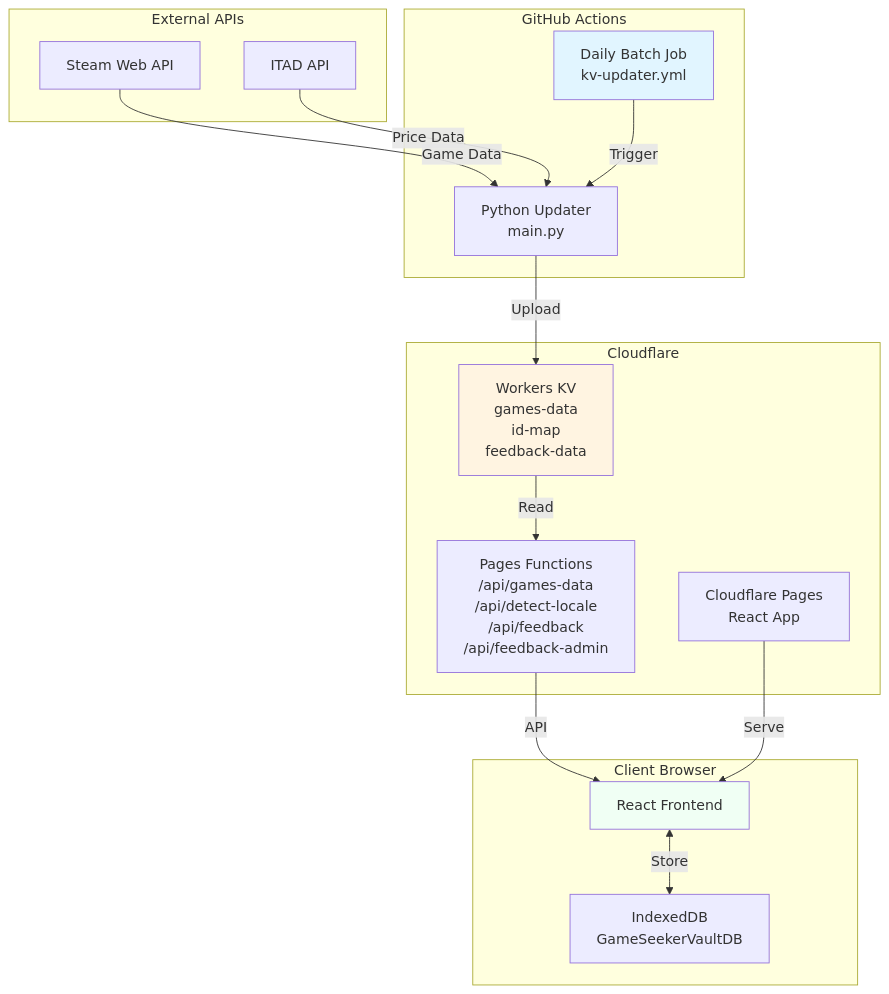
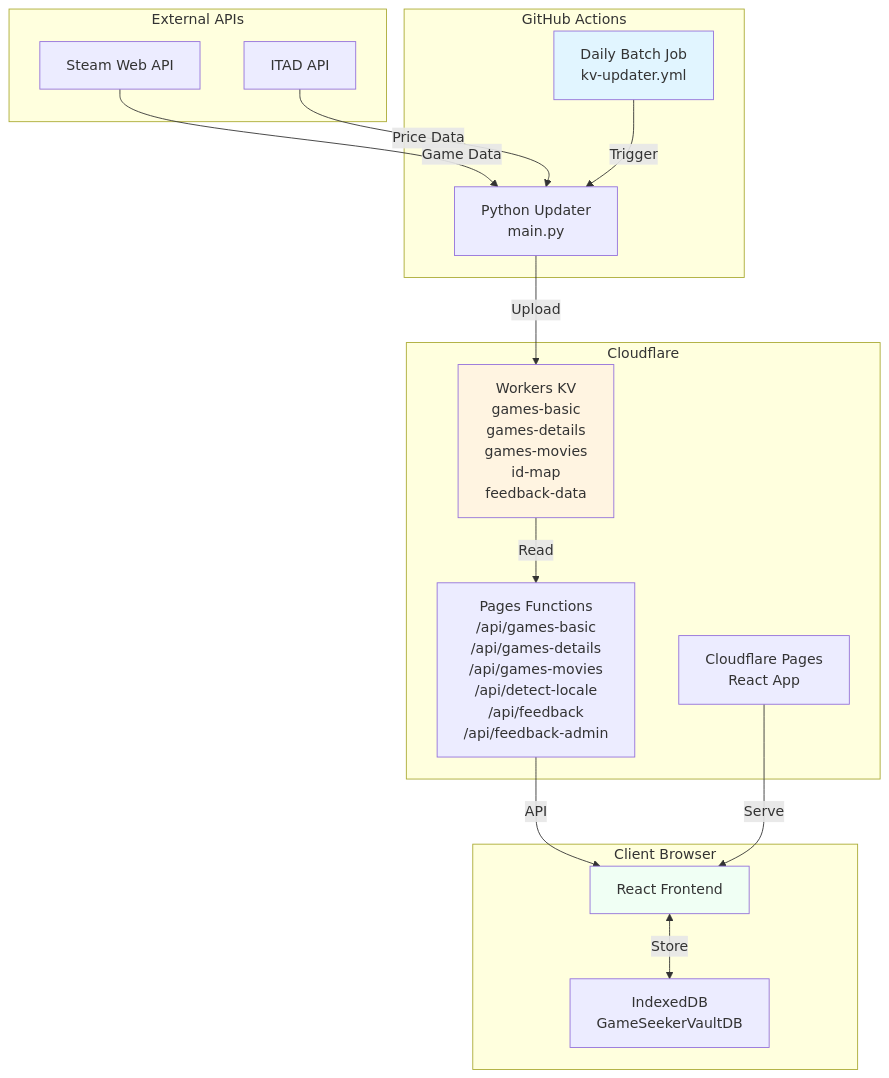
The first of 7 diagrams in docs/ARCHITECTURE.md (vibecoder-lab/game-seeker-vault), drawn with Mermaid before and after one commit. The commit also changed other lines of this file and 12 other files, not shown here.

````diff
--- a/docs/ARCHITECTURE.md
+++ b/docs/ARCHITECTURE.md
@@ -84,37 +84,37 @@
 ```mermaid
 graph TB
     subgraph "External APIs"
         A[Steam Web API]
         B[ITAD API]
     end
 
     subgraph "GitHub Actions"
         C[Daily Batch Job<br/>kv-updater.yml]
         D[Python Updater<br/>main.py]
     end
 
     subgraph "Cloudflare"
-        E[Workers KV<br/>games-data<br/>id-map<br/>feedback-data]
-        F[Pages Functions<br/>/api/games-data<br/>/api/detect-locale<br/>/api/feedback<br/>/api/feedback-admin]
+        E[Workers KV<br/>games-basic<br/>games-details<br/>games-movies<br/>id-map<br/>feedback-data]
+        F[Pages Functions<br/>/api/games-basic<br/>/api/games-details<br/>/api/games-movies<br/>/api/detect-locale<br/>/api/feedback<br/>/api/feedback-admin]
         G[Cloudflare Pages<br/>React App]
     end
 
     subgraph "Client Browser"
         H[React Frontend]
         I[IndexedDB<br/>GameSeekerVaultDB]
     end
 
     A -->|Game Data| D
     B -->|Price Data| D
     D -->|Upload| E
     C -->|Trigger| D
 
     E -->|Read| F
     F -->|API| H
     G -->|Serve| H
     H <-->|Store| I
 
     style C fill:#e1f5ff
     style E fill:#fff4e1
     style H fill:#f0fff4
 ```
````
